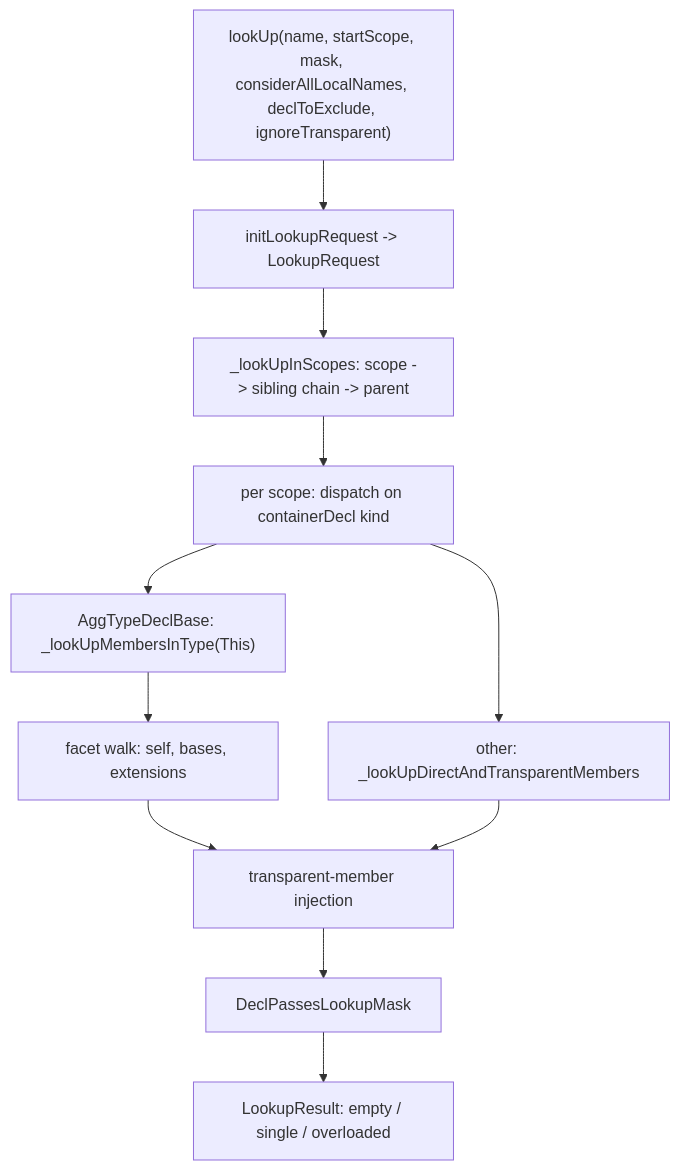
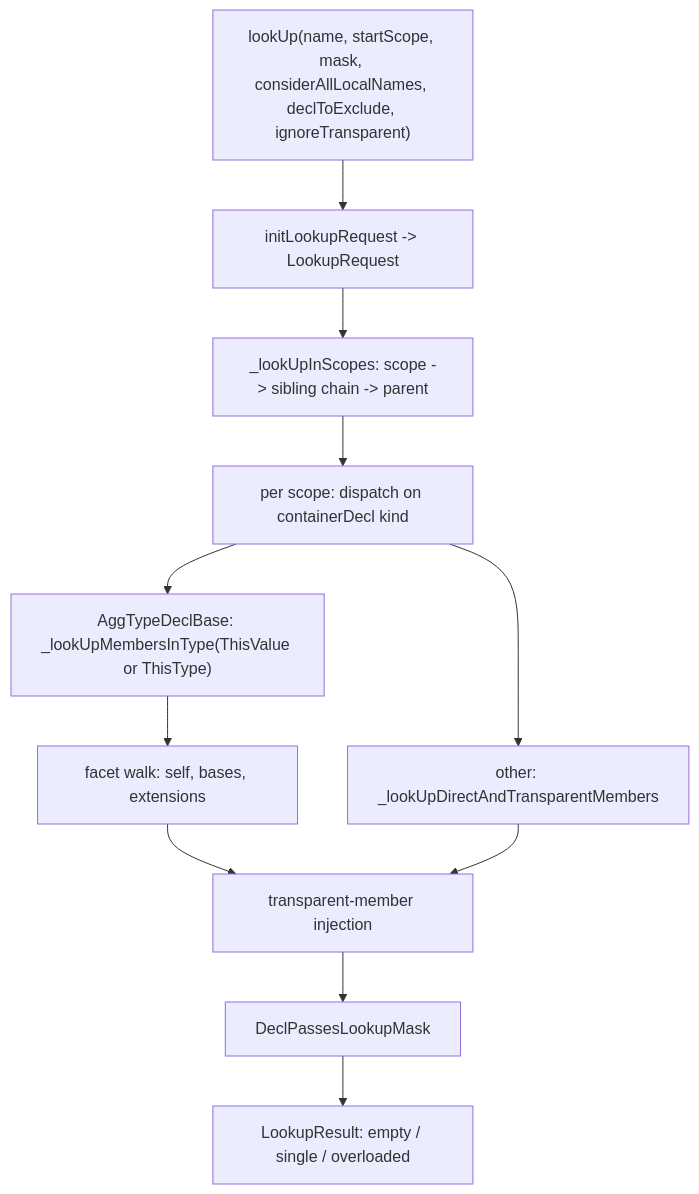
Before and after one commit to shader-slang/slang: the diagram in docs/generated/design/name-resolution/lookup.md, drawn with Mermaid. The commit also changed other lines of this file and 109 other files, not shown here.

````diff
--- a/docs/generated/design/name-resolution/lookup.md
+++ b/docs/generated/design/name-resolution/lookup.md
@@ -236,17 +233,17 @@
 ```mermaid
 flowchart TB
   start["lookUp(name, startScope, mask, considerAllLocalNames, declToExclude, ignoreTransparent)"]
   init["initLookupRequest -> LookupRequest"]
   scopeWalk["_lookUpInScopes: scope -> sibling chain -> parent"]
   perScope["per scope: dispatch on containerDecl kind"]
-  typeBranch["AggTypeDeclBase: _lookUpMembersInType(This)"]
+  typeBranch["AggTypeDeclBase: _lookUpMembersInType(ThisValue or ThisType)"]
   defBranch["other: _lookUpDirectAndTransparentMembers"]
   facets["facet walk: self, bases, extensions"]
   trans["transparent-member injection"]
   filter["DeclPassesLookupMask"]
   result["LookupResult: empty / single / overloaded"]
   start --> init --> scopeWalk --> perScope
   perScope --> typeBranch --> facets --> trans
   perScope --> defBranch --> trans
   trans --> filter --> result
 ```
````
